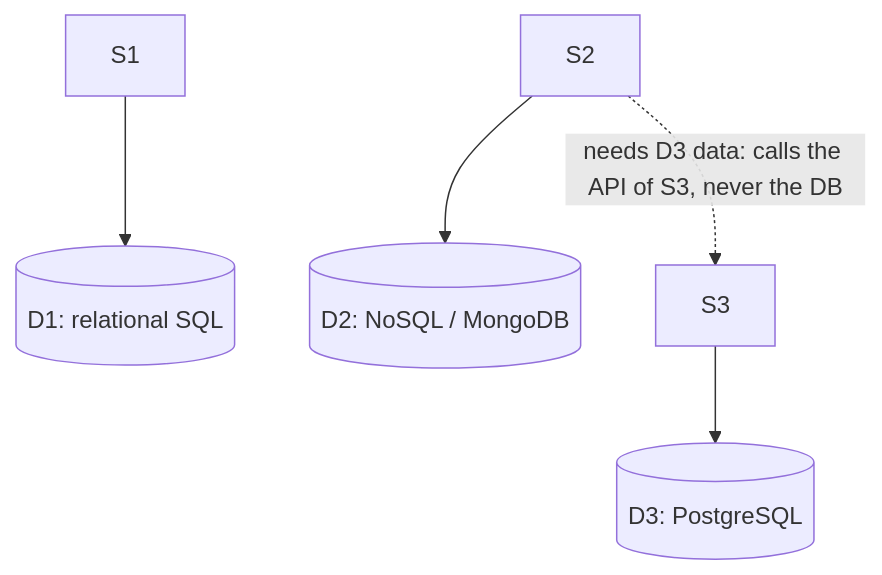
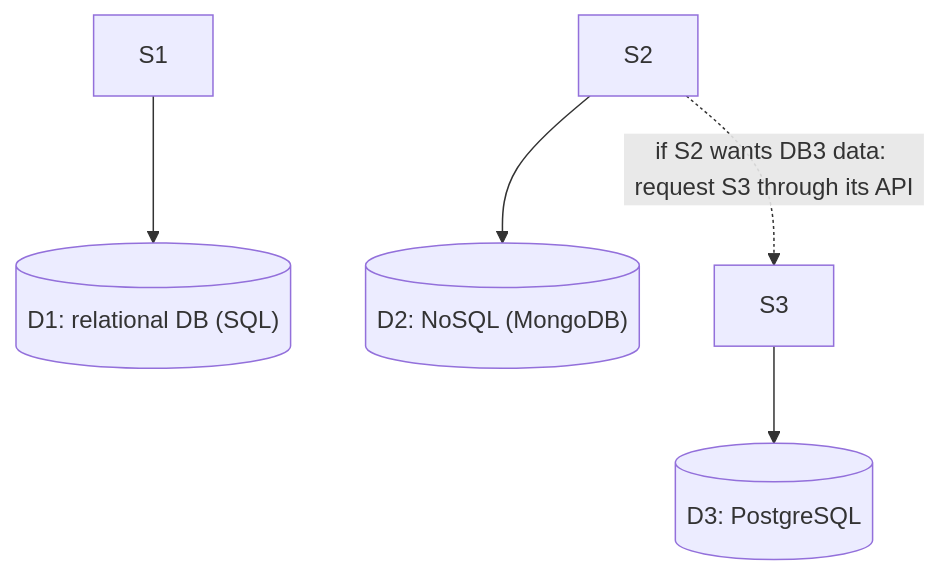
One commit to notnotnithin/System-Design-Notes changed the ninth of 13 diagrams in HLD/03_04_Microservices_Design_Patterns_Notes.md. Above: the diagram before and after it, drawn with Mermaid. The commit also changed other lines of this file and 80 other files, not shown here.

````diff
--- a/HLD/03_04_Microservices_Design_Patterns_Notes.md
+++ b/HLD/03_04_Microservices_Design_Patterns_Notes.md
@@ -225,7 +210,7 @@
 ```mermaid
 graph TD
-  S1["S1"] --> D1[("D1: relational SQL")]
-  S2["S2"] --> D2[("D2: NoSQL / MongoDB")]
+  S1["S1"] --> D1[("D1: relational DB (SQL)")]
+  S2["S2"] --> D2[("D2: NoSQL (MongoDB)")]
   S3["S3"] --> D3[("D3: PostgreSQL")]
-  S2 -. "needs D3 data: calls the API of S3, never the DB" .-> S3
+  S2 -. "if S2 wants DB3 data: request S3 through its API" .-> S3
 ```
````
